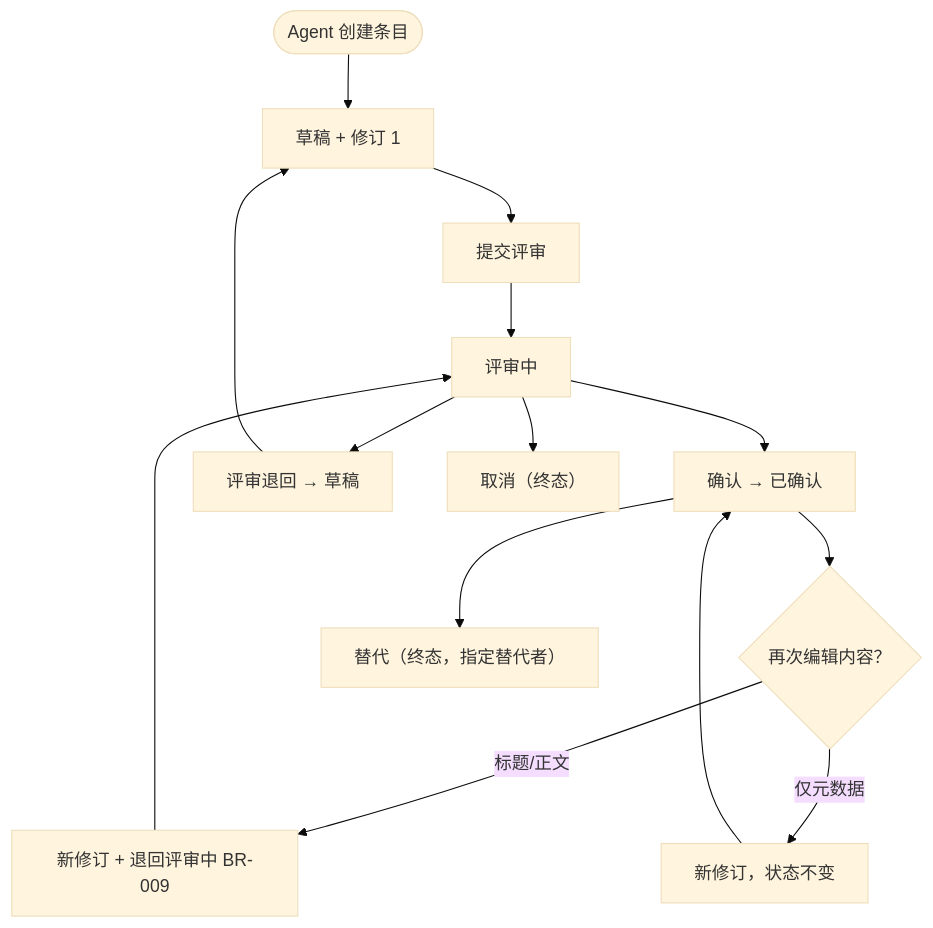
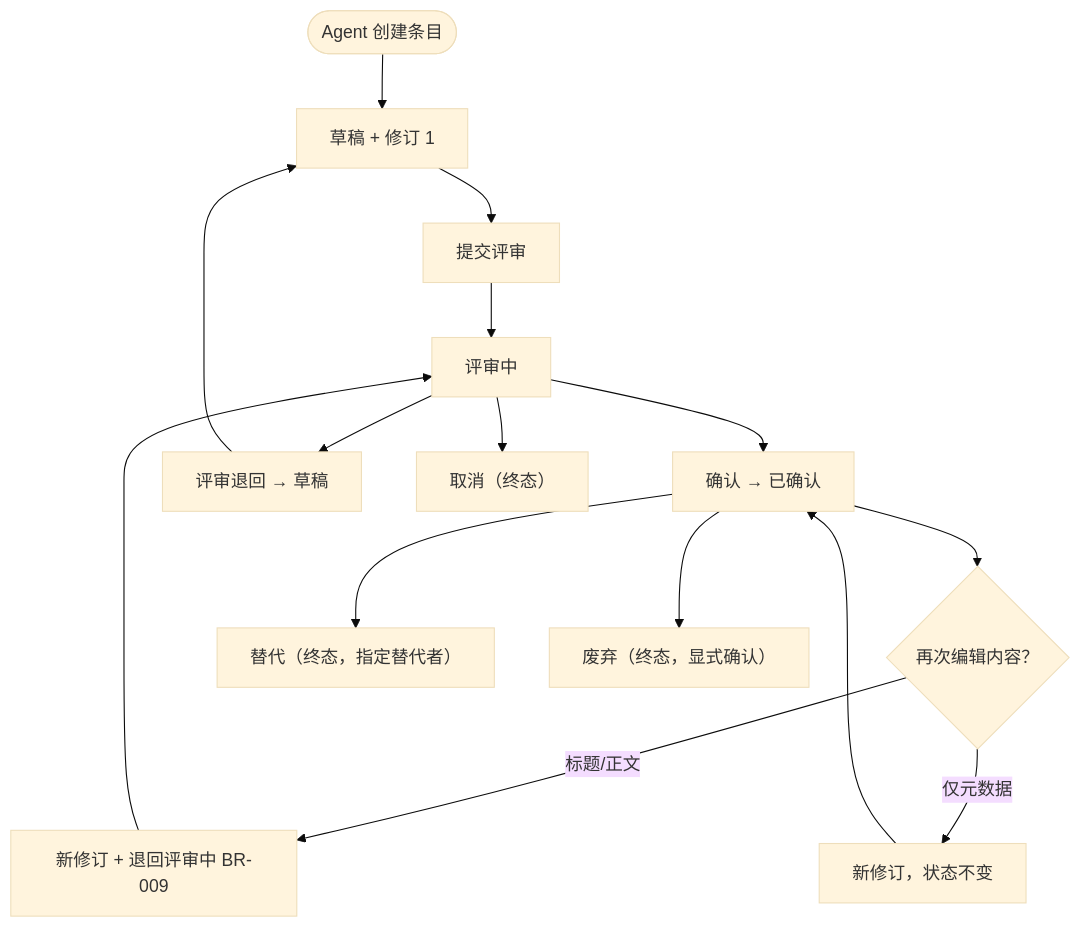
The first of 2 diagrams in docs/design/03-domain-model/business-processes.md (Kommisaar/relay-harbor), drawn with Mermaid (base theme) before and after one commit. The commit also changed other lines of this file and 47 other files, not shown here.

````diff
--- a/docs/design/03-domain-model/business-processes.md
+++ b/docs/design/03-domain-model/business-processes.md
@@ -20,16 +20,17 @@
 ```mermaid
 flowchart TD
     create([Agent 创建条目]) --> draft[草稿 + 修订 1]
     draft --> submit[提交评审]
     submit --> review[评审中]
     review --> confirm[确认 → 已确认]
     review --> back1[评审退回 → 草稿]
     confirm --> edit{再次编辑内容？}
     edit -->|标题/正文| rollback[新修订 + 退回评审中 BR-009]
     edit -->|仅元数据| keep[新修订，状态不变]
     rollback --> review
     keep --> confirm
     back1 --> draft
     review --> cancel[取消（终态）]
     confirm --> supersede[替代（终态，指定替代者）]
+    confirm --> deprecate[废弃（终态，显式确认）]
 ```
````
